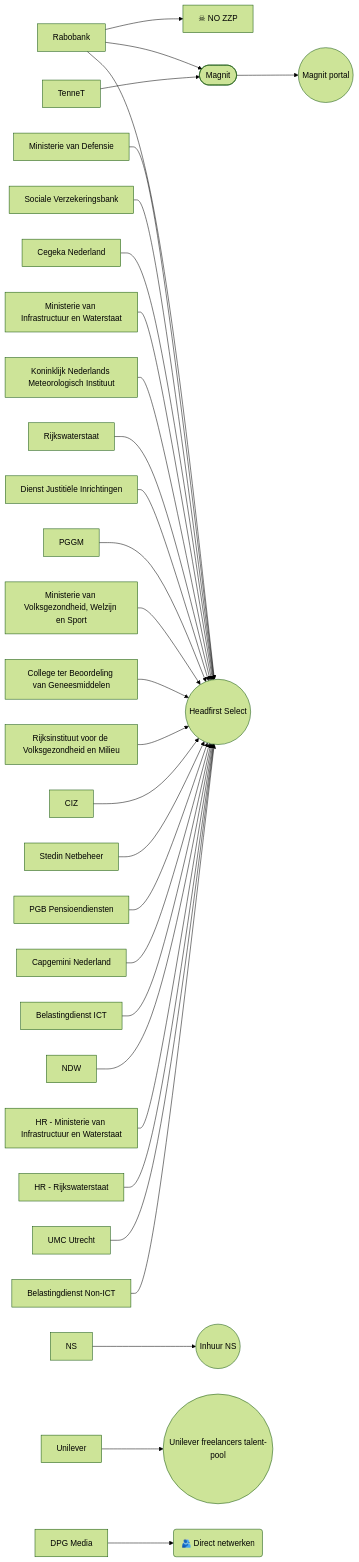
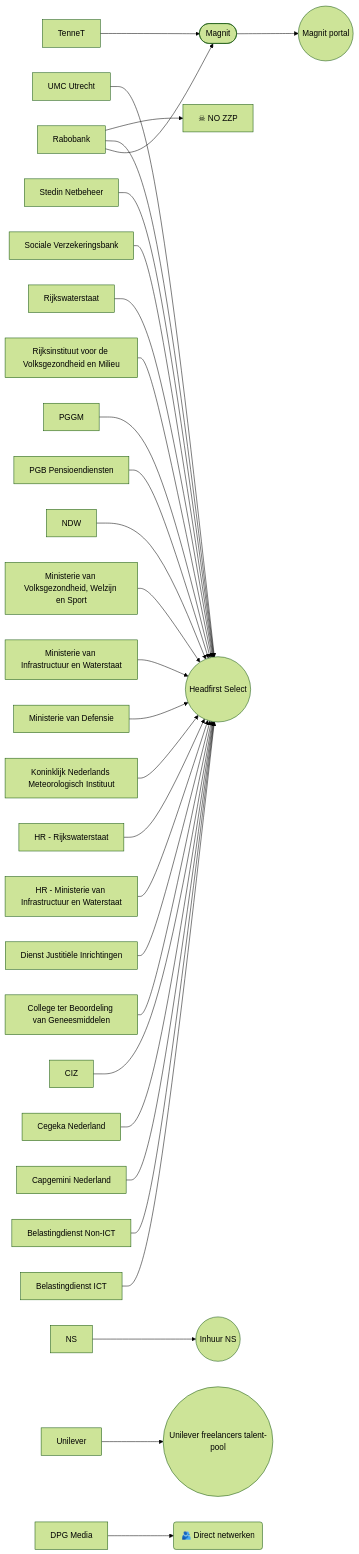
Before and after one commit to bneijt/zzp_inhuur_diagram: the diagram in inhuur_diagram.md, drawn with Mermaid (forest theme). The commit also changed other lines of this file and 1 other file, not shown here.

Commit message:
Sort klant_ blocks

````diff
--- a/inhuur_diagram.md
+++ b/inhuur_diagram.md
@@ -1,82 +1,82 @@
 ```mermaid
 flowchart LR
 state_no_zzp["☠ NO ZZP"]
 
-klant_rabobank["Rabobank"]
-klant_ns["NS"]
-klant_tennet["TenneT"]
-klant_rabobank["Rabobank"]
-klant_ministerie_van_defensie["Ministerie van Defensie"]
-klant_sociale_verzekeringsbank["Sociale Verzekeringsbank"]
+klant_belastingdienst_ict["Belastingdienst ICT"]
+klant_belastingdienst_non_ict["Belastingdienst Non-ICT"]
+klant_capgemini_nederland_["Capgemini Nederland "]
 klant_cegeka_nederland["Cegeka Nederland"]
-klant_ministerie_van_infrastructuur_en_waterstaat["Ministerie van Infrastructuur en Waterstaat"]
-klant_koninklijk_nederlands_meteorologisch_instituut["Koninklijk Nederlands Meteorologisch Instituut"]
-klant_rijkswaterstaat["Rijkswaterstaat"]
+klant_ciz["CIZ"]
+klant_college_ter_beoordeling_van_geneesmiddelen["College ter Beoordeling van Geneesmiddelen"]
 klant_dienst_justitiële_inrichtingen["Dienst Justitiële Inrichtingen"]
-klant_pggm["PGGM"]
-klant_ministerie_van_volksgezondheid,_welzijn_en_sport["Ministerie van Volksgezondheid, Welzijn en Sport"]
-klant_college_ter_beoordeling_van_geneesmiddelen["College ter Beoordeling van Geneesmiddelen"]
-klant_rijksinstituut_voor_de_volksgezondheid_en_milieu["Rijksinstituut voor de Volksgezondheid en Milieu"]
-klant_ciz["CIZ"]
-klant_stedin_netbeheer["Stedin Netbeheer"]
-klant_pgb_pensioendiensten["PGB Pensioendiensten"]
-klant_capgemini_nederland_["Capgemini Nederland "]
-klant_belastingdienst_ict["Belastingdienst ICT"]
-klant_ndw["NDW"]
+klant_dpg_media["DPG Media"]
 klant_hr_ministerie_van_infrastructuur_en_waterstaat["HR - Ministerie van Infrastructuur en Waterstaat"]
 klant_hr_rijkswaterstaat["HR - Rijkswaterstaat"]
+klant_koninklijk_nederlands_meteorologisch_instituut["Koninklijk Nederlands Meteorologisch Instituut"]
+klant_ministerie_van_defensie["Ministerie van Defensie"]
+klant_ministerie_van_infrastructuur_en_waterstaat["Ministerie van Infrastructuur en Waterstaat"]
+klant_ministerie_van_volksgezondheid,_welzijn_en_sport["Ministerie van Volksgezondheid, Welzijn en Sport"]
+klant_ndw["NDW"]
+klant_ns["NS"]
+klant_pgb_pensioendiensten["PGB Pensioendiensten"]
+klant_pggm["PGGM"]
+klant_rabobank["Rabobank"]
+klant_rabobank["Rabobank"]
+klant_rijksinstituut_voor_de_volksgezondheid_en_milieu["Rijksinstituut voor de Volksgezondheid en Milieu"]
+klant_rijkswaterstaat["Rijkswaterstaat"]
+klant_sociale_verzekeringsbank["Sociale Verzekeringsbank"]
+klant_stedin_netbeheer["Stedin Netbeheer"]
+klant_tennet["TenneT"]
 klant_umc_utrecht["UMC Utrecht"]
-klant_belastingdienst_non_ict["Belastingdienst Non-ICT"]
 klant_unilever["Unilever"]
-klant_dpg_media["DPG Media"]
 
 broker_magnit(["Magnit"])
 
 das_headfirst_select((Headfirst Select))
 click das_headfirst "https://platform.select.hr/" "https://platform.select.hr/"
 
 das_ns(("Inhuur NS"))
 click das_ns "https://inhuur-ns.my.site.com/" "https://inhuur-ns.my.site.com/"
 
 das_magnit(("Magnit portal"))
 click das_magnit "https://portal.magnitglobal.com/" "https://portal.magnitglobal.com/"
 
 das_unilever_talentpool(("Unilever freelancers talent-pool"))
 click das_unilever_talentpool "https://unileverfreelancers.talent-pool.com/" "https://unileverfreelancers.talent-pool.com/"
 
 das_human("🫂 Direct netwerken")
 
 
 
-klant_rabobank --> state_no_zzp
-klant_rabobank --> broker_magnit
-klant_ns --> das_ns
-klant_tennet --> broker_magnit
-klant_rabobank --> das_headfirst_select
-klant_ministerie_van_defensie --> das_headfirst_select
-klant_sociale_verzekeringsbank --> das_headfirst_select
+klant_belastingdienst_ict --> das_headfirst_select
+klant_belastingdienst_non_ict --> das_headfirst_select
+klant_capgemini_nederland_ --> das_headfirst_select
 klant_cegeka_nederland --> das_headfirst_select
-klant_ministerie_van_infrastructuur_en_waterstaat --> das_headfirst_select
-klant_koninklijk_nederlands_meteorologisch_instituut --> das_headfirst_select
-klant_rijkswaterstaat --> das_headfirst_select
+klant_ciz --> das_headfirst_select
+klant_college_ter_beoordeling_van_geneesmiddelen --> das_headfirst_select
 klant_dienst_justitiële_inrichtingen --> das_headfirst_select
-klant_pggm --> das_headfirst_select
-klant_ministerie_van_volksgezondheid,_welzijn_en_sport --> das_headfirst_select
-klant_college_ter_beoordeling_van_geneesmiddelen --> das_headfirst_select
-klant_rijksinstituut_voor_de_volksgezondheid_en_milieu --> das_headfirst_select
-klant_ciz --> das_headfirst_select
-klant_stedin_netbeheer --> das_headfirst_select
-klant_pgb_pensioendiensten --> das_headfirst_select
-klant_capgemini_nederland_ --> das_headfirst_select
-klant_belastingdienst_ict --> das_headfirst_select
-klant_ndw --> das_headfirst_select
+klant_dpg_media --> das_human
 klant_hr_ministerie_van_infrastructuur_en_waterstaat --> das_headfirst_select
 klant_hr_rijkswaterstaat --> das_headfirst_select
+klant_koninklijk_nederlands_meteorologisch_instituut --> das_headfirst_select
+klant_ministerie_van_defensie --> das_headfirst_select
+klant_ministerie_van_infrastructuur_en_waterstaat --> das_headfirst_select
+klant_ministerie_van_volksgezondheid,_welzijn_en_sport --> das_headfirst_select
+klant_ndw --> das_headfirst_select
+klant_ns --> das_ns
+klant_pgb_pensioendiensten --> das_headfirst_select
+klant_pggm --> das_headfirst_select
+klant_rabobank --> broker_magnit
+klant_rabobank --> das_headfirst_select
+klant_rabobank --> state_no_zzp
+klant_rijksinstituut_voor_de_volksgezondheid_en_milieu --> das_headfirst_select
+klant_rijkswaterstaat --> das_headfirst_select
+klant_sociale_verzekeringsbank --> das_headfirst_select
+klant_stedin_netbeheer --> das_headfirst_select
+klant_tennet --> broker_magnit
 klant_umc_utrecht --> das_headfirst_select
-klant_belastingdienst_non_ict --> das_headfirst_select
 klant_unilever --> das_unilever_talentpool
-klant_dpg_media --> das_human
 
 broker_magnit --> das_magnit
 
 ```
````
